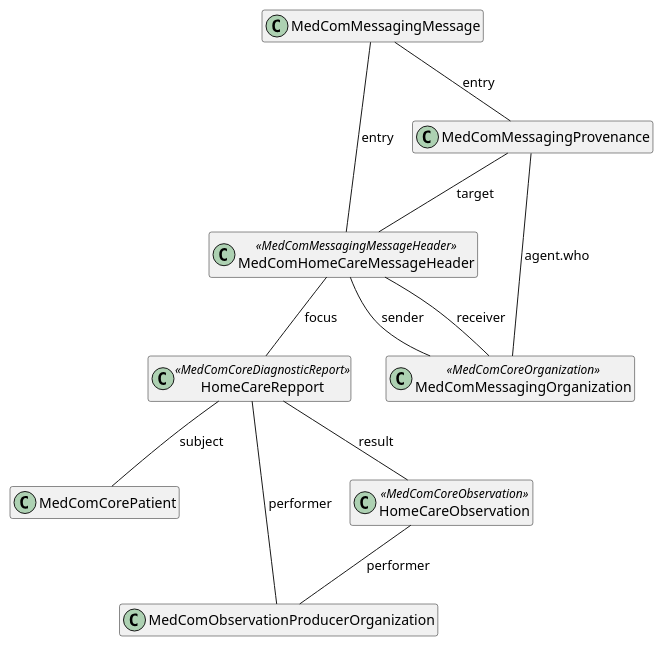
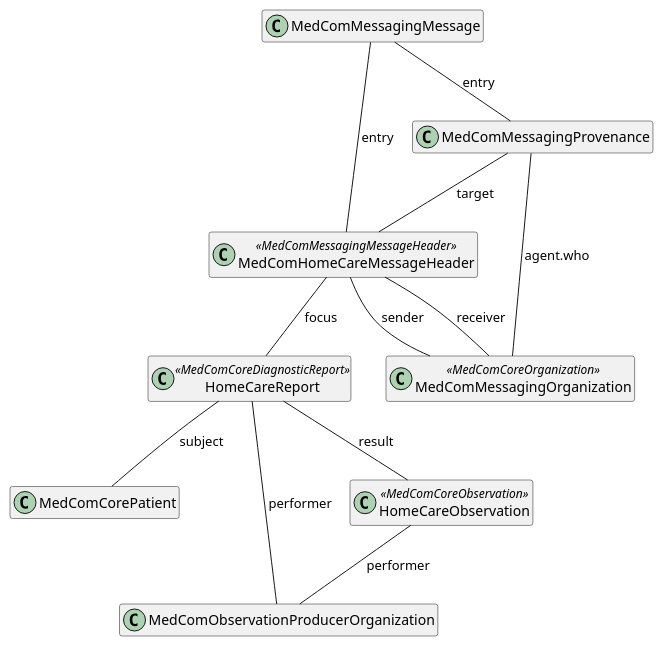
The diagram in puml/HomeCareObservartionMessage.puml (medcomdk/dk_MunicipalityObservationResults), drawn with PlantUML before and after one commit. The commit also changed 13 other files, not shown here.

```diff
--- a/puml/HomeCareObservartionMessage.puml
+++ b/puml/HomeCareObservartionMessage.puml
@@ -1,31 +1,31 @@
 @startuml HomeCareObservationMessage
 
 hide empty members
 
 top to bottom direction
 
 class "MedComMessagingMessage" as message
 class "MedComHomeCareMessageHeader" as messageheader <<MedComMessagingMessageHeader>>
 class "MedComMessagingProvenance" as provenance
 class "MedComMessagingOrganization" as messagingOrganization <<MedComCoreOrganization>>
 class "MedComCorePatient" as patient
 class "MedComObservationProducerOrganization" as organization
 ' class "MedComCorePractitioner" as author
-class "HomeCareRepport" as diagnosticReport <<MedComCoreDiagnosticReport>>
+class "HomeCareReport" as diagnosticReport <<MedComCoreDiagnosticReport>>
 class "HomeCareObservation" as coreobservation <<MedComCoreObservation>>
 
 message -- messageheader : "entry"
 messageheader -- diagnosticReport : "focus"
 message -- provenance : "entry"
 provenance -- messageheader : "target" 
 provenance -- messagingOrganization : "agent.who"
 diagnosticReport -- patient : "subject"
 diagnosticReport -- organization: "performer"
 diagnosticReport -- coreobservation : "result"
 coreobservation -- organization:"performer"
 
 
 messageheader -- messagingOrganization : "receiver"
 messageheader -- messagingOrganization : "sender"
 
 @enduml
```
